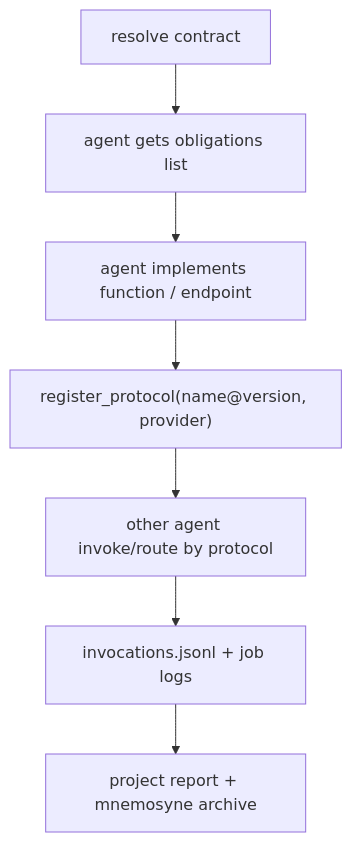
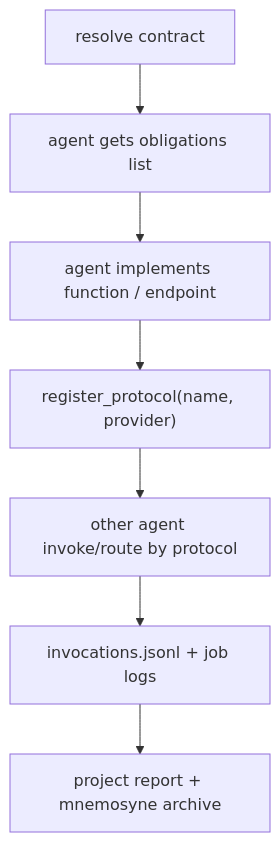
Before and after one commit to Lands54/Pantheon: diagram 21 of 26 in docs/ARCHITECTURE_MERMAID.md, drawn with Mermaid. The commit also changed 27 other files, not shown here.

Commit message:
feat: update hermes contract flow and archive private message logs

````diff
--- a/docs/ARCHITECTURE_MERMAID.md
+++ b/docs/ARCHITECTURE_MERMAID.md
@@ -316,9 +316,9 @@
 ```mermaid
 flowchart TD
     Resolve["resolve contract"] --> Plan["agent gets obligations list"]
     Plan --> Impl["agent implements function / endpoint"]
-    Impl --> Proto["register_protocol(name@version, provider)"]
+    Impl --> Proto["register_protocol(name, provider)"]
     Proto --> Invoke["other agent invoke/route by protocol"]
     Invoke --> Audit["invocations.jsonl + job logs"]
     Audit --> Report["project report + mnemosyne archive"]
 ```
````
